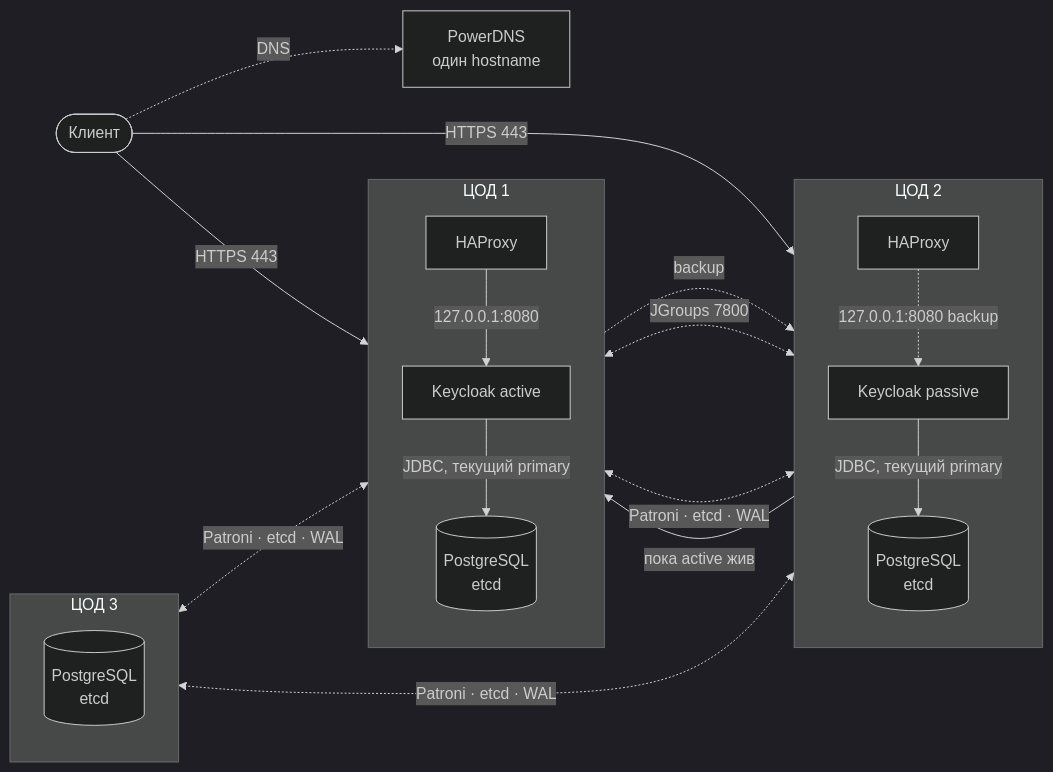
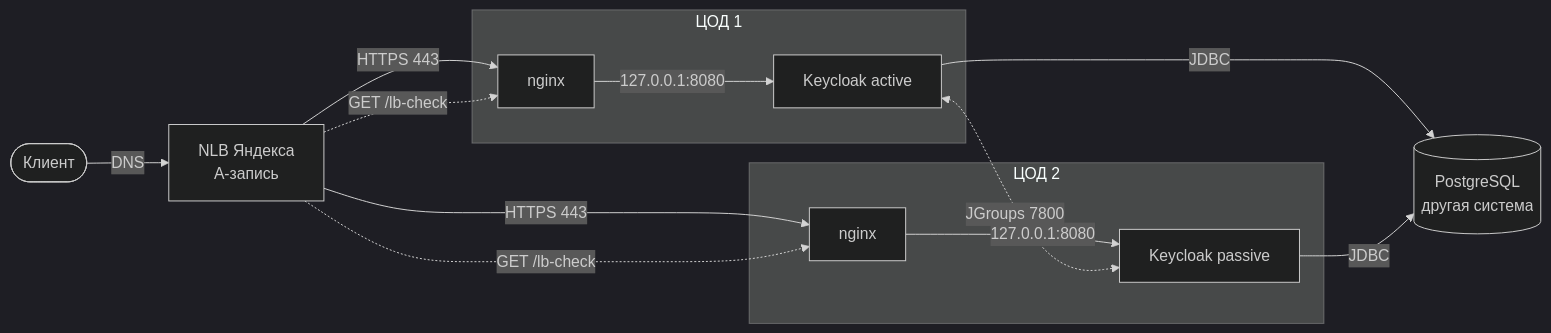
One commit to sysadm1989/keycloak changed the first of 2 diagrams in README.md. Above: the diagram before and after it, drawn with Mermaid (dark theme). The commit also changed other lines of this file and 138 other files, not shown here.

````diff
--- a/README.md
+++ b/README.md
@@ -19,42 +21,30 @@
 ```mermaid
 flowchart LR
   client([Клиент])
-  pdns["PowerDNS<br/>один hostname"]
+  nlb["NLB Яндекса<br/>A-запись"]
 
-  client -.->|DNS| pdns
+  client -->|DNS| nlb
 
   subgraph dc1["ЦОД 1"]
-    direction TB
-    lb1[HAProxy]
+    ngx1[nginx]
     kc1["Keycloak active"]
-    pg1[("PostgreSQL<br/>etcd")]
-    lb1 -->|127.0.0.1:8080| kc1
+    ngx1 -->|127.0.0.1:8080| kc1
   end
 
   subgraph dc2["ЦОД 2"]
-    direction TB
-    lb2[HAProxy]
+    ngx2[nginx]
     kc2["Keycloak passive"]
-    pg2[("PostgreSQL<br/>etcd")]
-    lb2 -.->|127.0.0.1:8080 backup| kc2
+    ngx2 -->|127.0.0.1:8080| kc2
   end
 
-  subgraph dc3["ЦОД 3"]
-    direction TB
-    pg3[("PostgreSQL<br/>etcd")]
-  end
+  db[("PostgreSQL<br/>другая система")]
 
-  client -->|HTTPS 443| lb1
-  client -->|HTTPS 443| lb2
+  nlb -->|HTTPS 443| ngx1
+  nlb -->|HTTPS 443| ngx2
+  nlb -.->|GET /lb-check| ngx1
+  nlb -.->|GET /lb-check| ngx2
 
-  lb1 -.->|backup| kc2
-  lb2 -->|пока active жив| kc1
   kc1 <-.->|JGroups 7800| kc2
-
-  kc1 -->|JDBC, текущий primary| pg1
-  kc2 -->|JDBC, текущий primary| pg2
-
-  pg1 <-.->|Patroni · etcd · WAL| pg2
-  pg2 <-.->|Patroni · etcd · WAL| pg3
-  pg3 <-.->|Patroni · etcd · WAL| pg1
+  kc1 -->|JDBC| db
+  kc2 -->|JDBC| db
 ```
````
